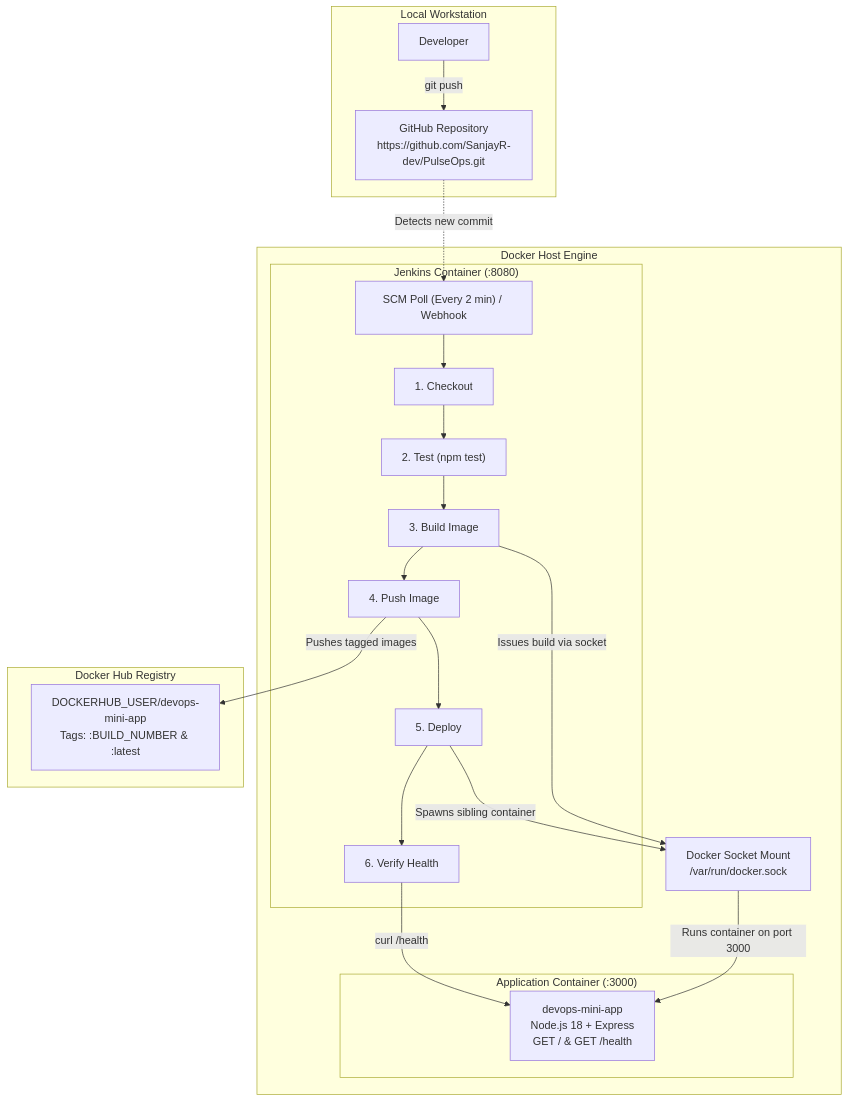
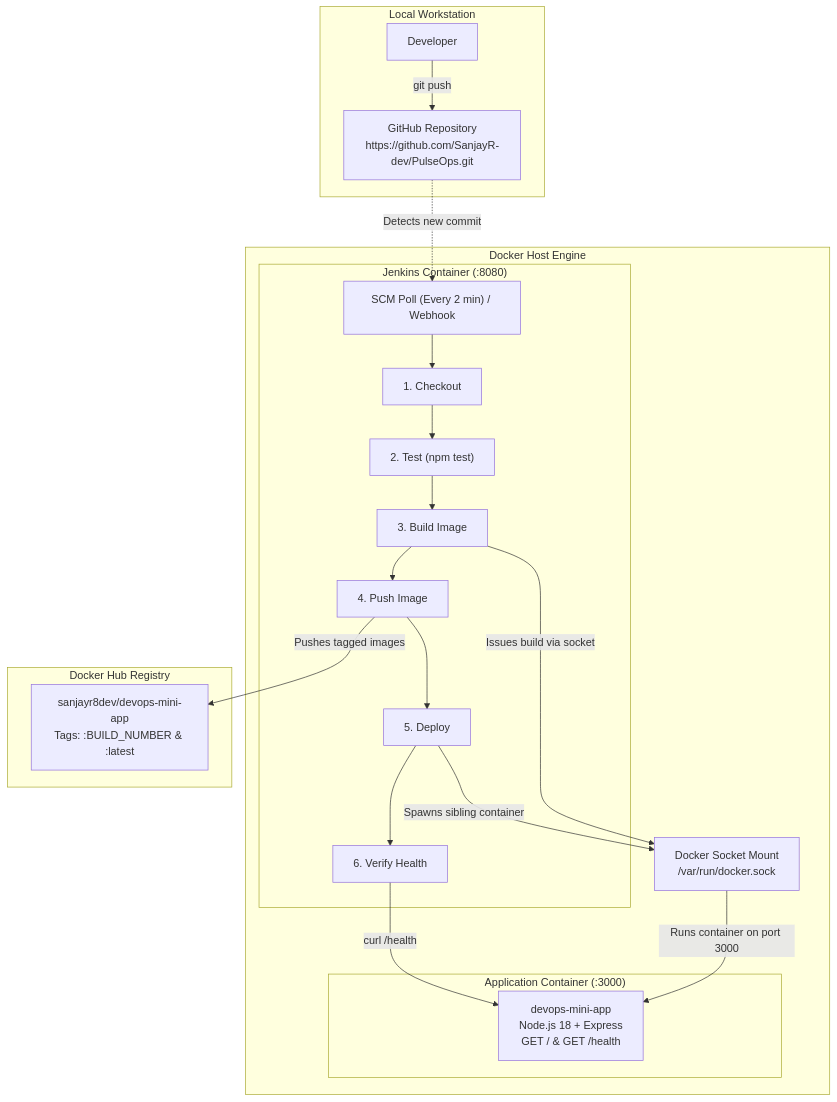
The diagram in README.md (SanjayR-dev/PulseOps), drawn with Mermaid before and after one commit. The commit also changed other lines of this file and 2 other files, not shown here.

Commit message:
chore: configure Docker Hub username to sanjayr8dev

````diff
--- a/README.md
+++ b/README.md
@@ -9,38 +9,38 @@
 ```mermaid
 flowchart TD
     subgraph Developer["Local Workstation"]
         DEV["Developer"] -->|"git push"| GH["GitHub Repository<br/>https://github.com/SanjayR-dev/PulseOps.git"]
     end
 
     subgraph Host["Docker Host Engine"]
         subgraph Jenkins["Jenkins Container (:8080)"]
             POLL["SCM Poll (Every 2 min) / Webhook"]
             CHECKOUT["1. Checkout"]
             TEST["2. Test (npm test)"]
             BUILD["3. Build Image"]
             PUSH["4. Push Image"]
             DEPLOY["5. Deploy"]
             VERIFY["6. Verify Health"]
             
             CHECKOUT --> TEST --> BUILD --> PUSH --> DEPLOY --> VERIFY
         end
 
         SOCK["Docker Socket Mount<br/>/var/run/docker.sock"]
         
         subgraph App["Application Container (:3000)"]
             SERVER["devops-mini-app<br/>Node.js 18 + Express<br/>GET / & GET /health"]
         end
     end
 
     subgraph Registry["Docker Hub Registry"]
-        HUB["DOCKERHUB_USER/devops-mini-app<br/>Tags: :BUILD_NUMBER & :latest"]
+        HUB["sanjayr8dev/devops-mini-app<br/>Tags: :BUILD_NUMBER & :latest"]
     end
 
     GH -.->|"Detects new commit"| POLL
     POLL --> CHECKOUT
     BUILD -->|"Issues build via socket"| SOCK
     PUSH -->|"Pushes tagged images"| HUB
     DEPLOY -->|"Spawns sibling container"| SOCK
     SOCK -->|"Runs container on port 3000"| SERVER
     VERIFY -->|"curl /health"| SERVER
 ```
````
